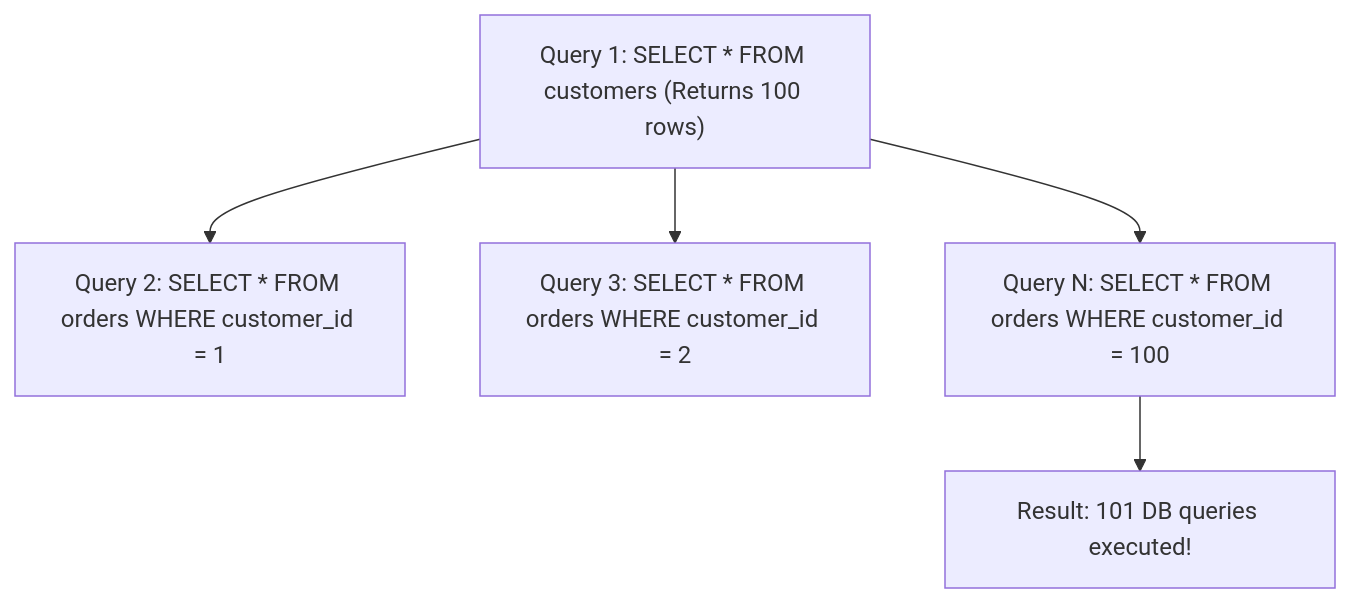
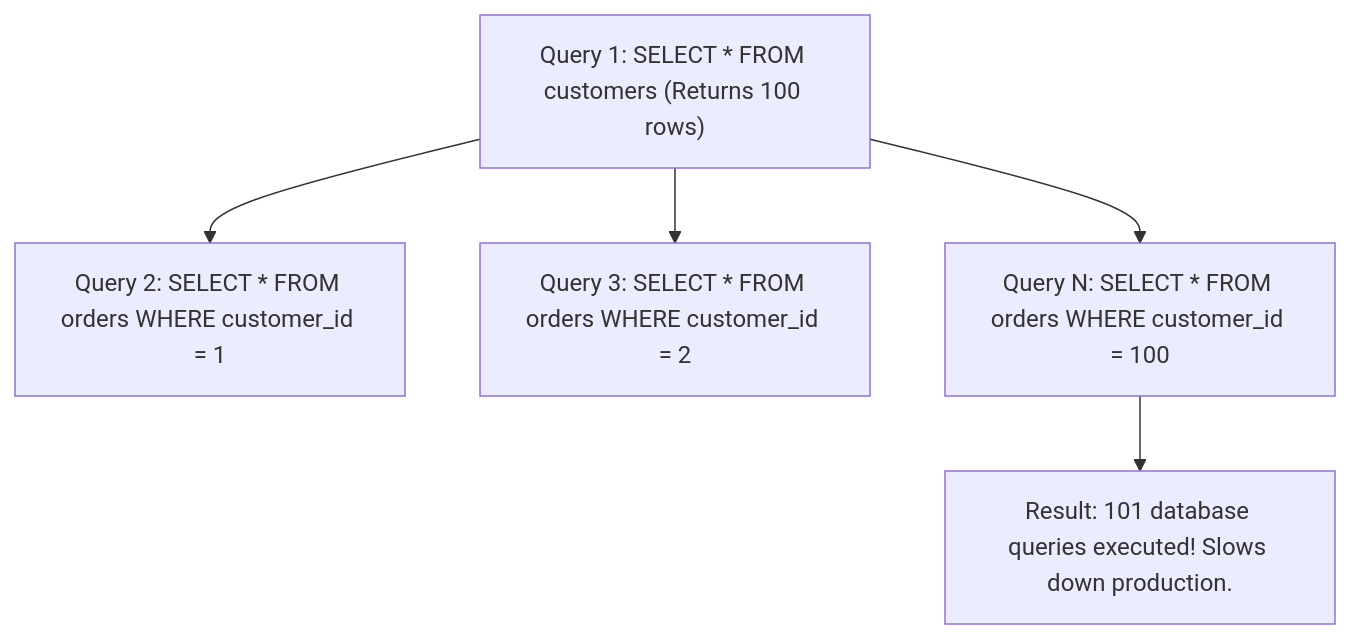
Diagram 20 of 23 in 06-Java-and-Spring-Boot/Spring Boot Interview Guide.md (rohithgowda18/Notes), drawn with Mermaid before and after one commit. The commit also changed other lines of this file, not shown here.

````diff
--- a/06-Java-and-Spring-Boot/Spring Boot Interview Guide.md
+++ b/06-Java-and-Spring-Boot/Spring Boot Interview Guide.md
@@ -1123,8 +1152,8 @@
 ```mermaid
 flowchart TD
     Q1["Query 1: SELECT * FROM customers (Returns 100 rows)"]
     Q1 --> Q2["Query 2: SELECT * FROM orders WHERE customer_id = 1"]
     Q1 --> Q3["Query 3: SELECT * FROM orders WHERE customer_id = 2"]
     Q1 --> QN["Query N: SELECT * FROM orders WHERE customer_id = 100"]
-    QN --> Disaster["Result: 101 DB queries executed!"]
+    QN --> Disaster["Result: 101 database queries executed! Slows down production."]
 ```
````
